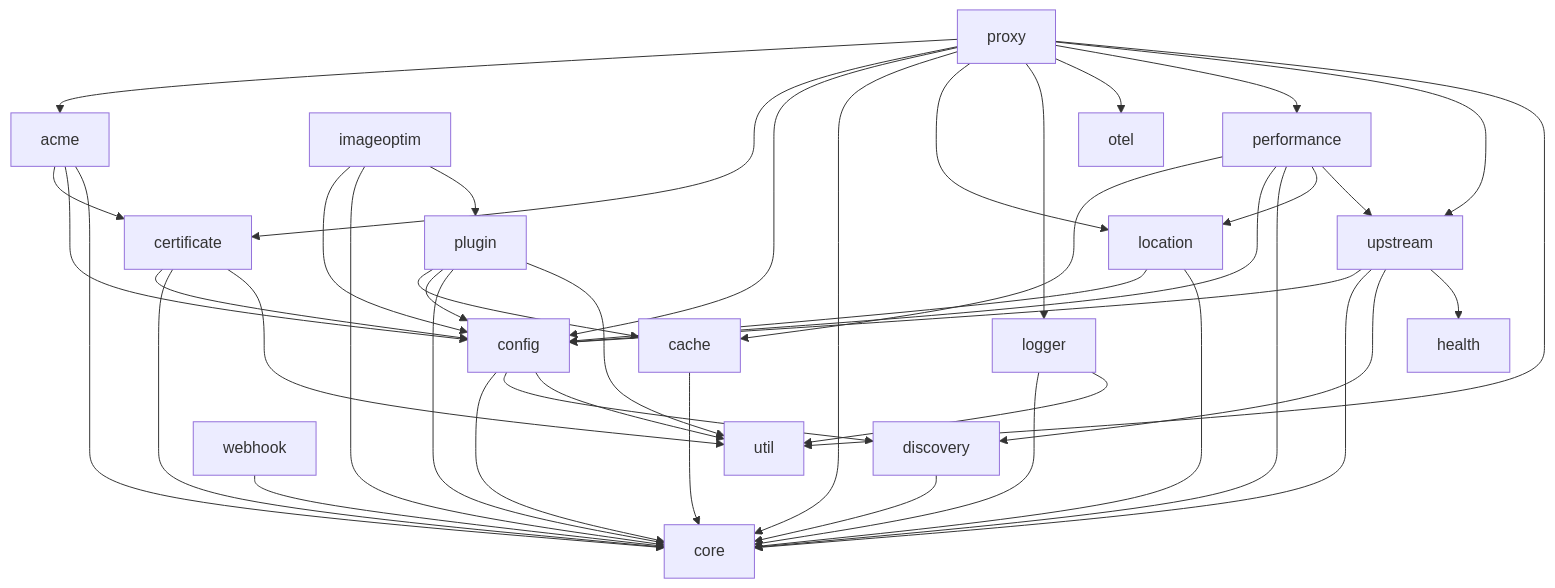
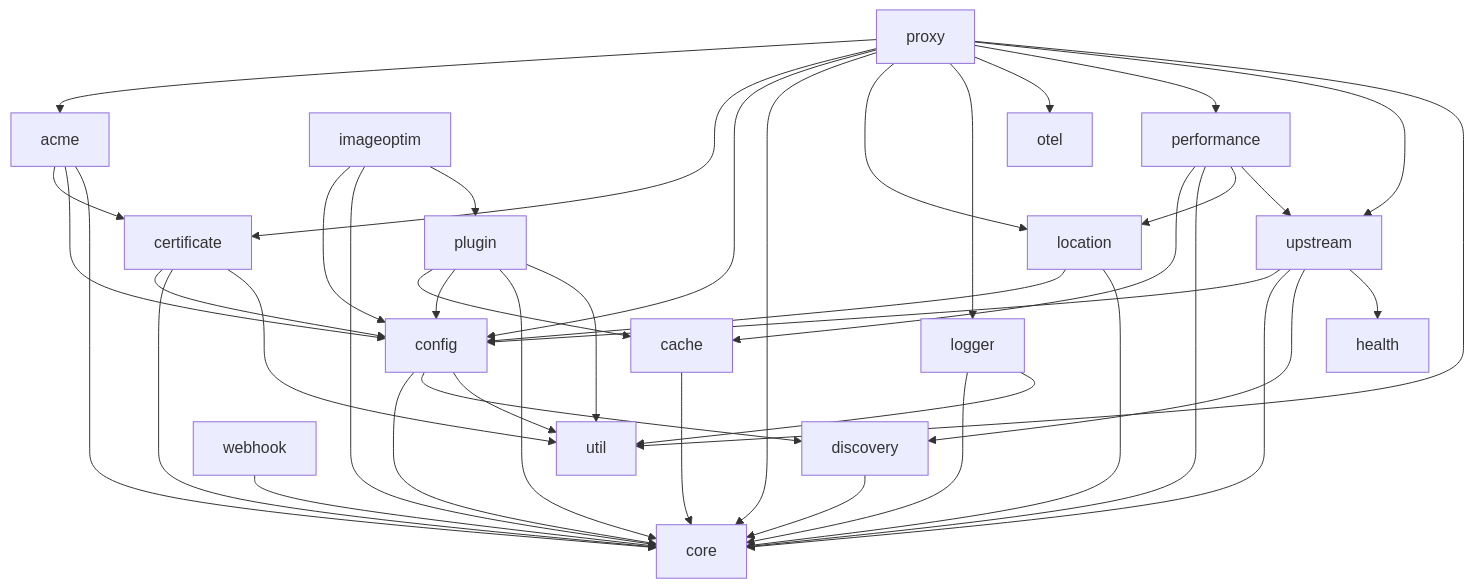
The diagram in docs/modules.md (vicanso/pingap), drawn with Mermaid before and after one commit.

Commit message:
docs: update module dependencies

````diff
--- a/docs/modules.md
+++ b/docs/modules.md
@@ -23,57 +23,56 @@
 ```mermaid
 graph TD
     acme --> certificate
     acme --> config
     acme --> core
 
     cache --> core
 
     certificate --> config
     certificate --> core
     certificate --> util
 
     config --> core
     config --> discovery
     config --> util
 
     discovery --> core
 
     imageoptim --> config
     imageoptim --> core
     imageoptim --> plugin
 
     location --> config
     location --> core
 
     logger --> core
     logger --> util
 
     performance --> cache
-    performance --> config
     performance --> core
     performance --> location
     performance --> upstream
 
     plugin --> cache
     plugin --> config
     plugin --> core
     plugin --> util
 
     proxy --> acme
     proxy --> certificate
     proxy --> config
     proxy --> core
     proxy --> location
     proxy --> logger
     proxy --> otel
     proxy --> performance
     proxy --> upstream
     proxy --> util
 
     upstream --> config
     upstream --> core
     upstream --> discovery
     upstream --> health
 
     webhook --> core
 ```
````
